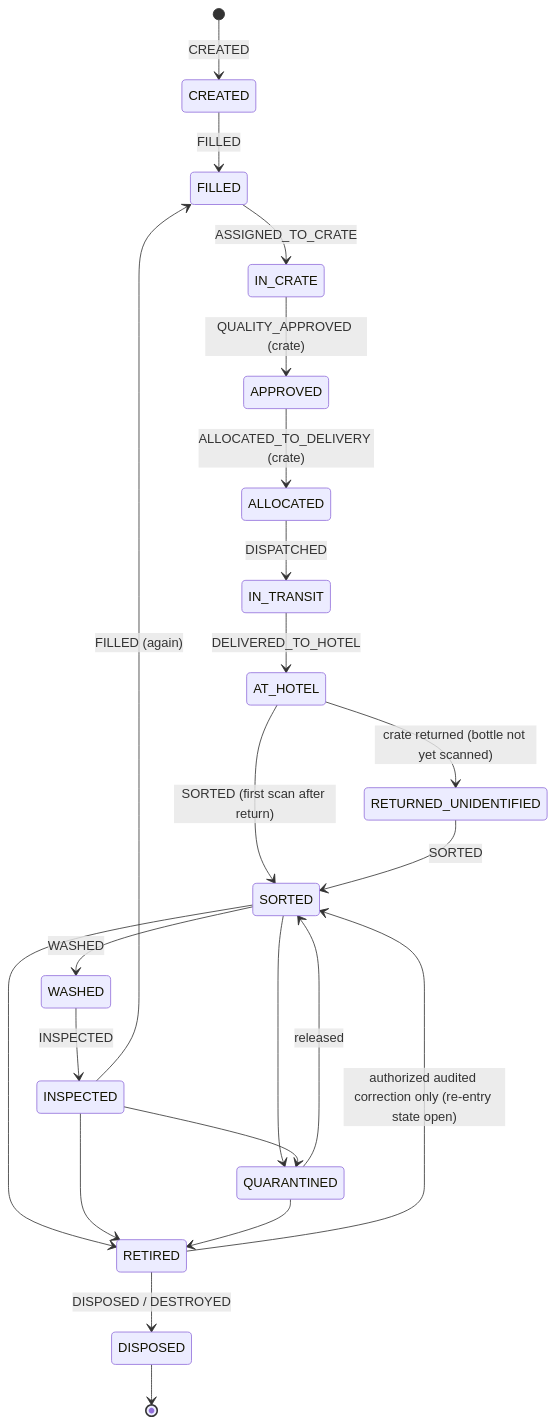
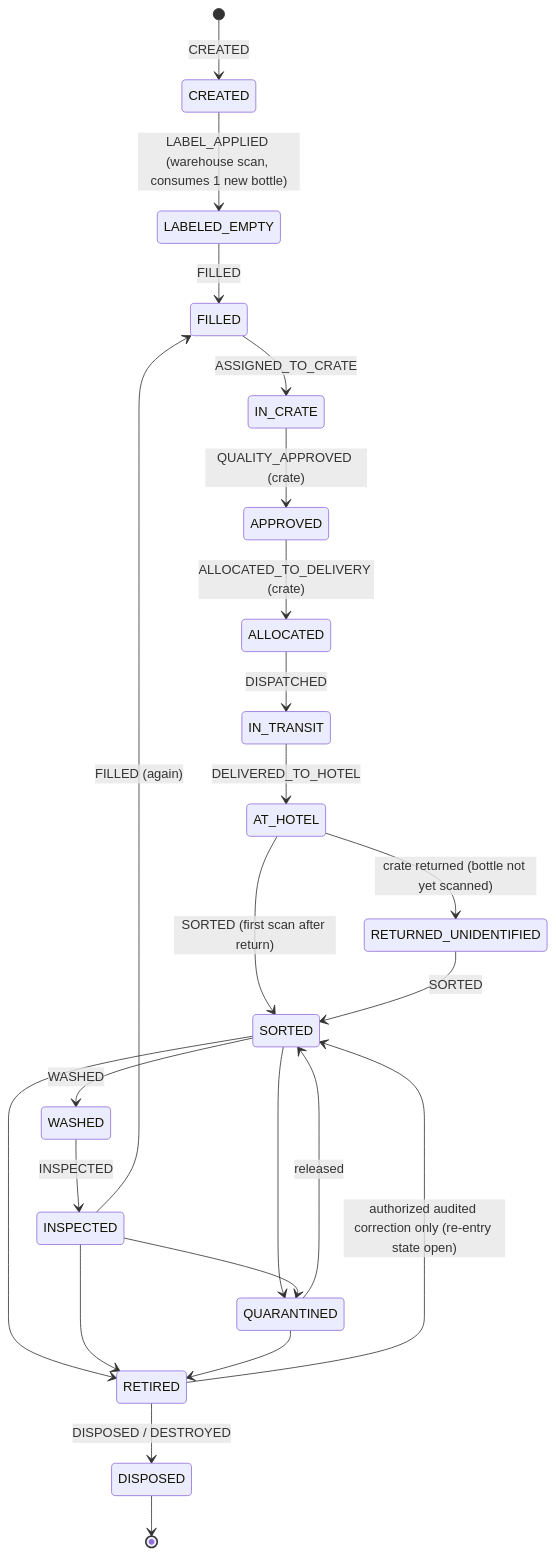
One commit to ElDiemo/AyvoOS changed the diagram in docs/004-bottle-lifecycle.md. Above: the diagram before and after it, drawn with Mermaid. The commit also changed other lines of this file and 7 other files, not shown here.

````diff
--- a/docs/004-bottle-lifecycle.md
+++ b/docs/004-bottle-lifecycle.md
@@ -44,25 +44,26 @@
 ```mermaid
 stateDiagram-v2
   [*] --> CREATED: CREATED
-  CREATED --> FILLED: FILLED
+  CREATED --> LABELED_EMPTY: LABEL_APPLIED (warehouse scan, consumes 1 new bottle)
+  LABELED_EMPTY --> FILLED: FILLED
   FILLED --> IN_CRATE: ASSIGNED_TO_CRATE
   IN_CRATE --> APPROVED: QUALITY_APPROVED (crate)
   APPROVED --> ALLOCATED: ALLOCATED_TO_DELIVERY (crate)
   ALLOCATED --> IN_TRANSIT: DISPATCHED
   IN_TRANSIT --> AT_HOTEL: DELIVERED_TO_HOTEL
   AT_HOTEL --> RETURNED_UNIDENTIFIED: crate returned (bottle not yet scanned)
   AT_HOTEL --> SORTED: SORTED (first scan after return)
   RETURNED_UNIDENTIFIED --> SORTED: SORTED
   SORTED --> WASHED: WASHED
   WASHED --> INSPECTED: INSPECTED
   INSPECTED --> FILLED: FILLED (again)
   SORTED --> QUARANTINED
   INSPECTED --> QUARANTINED
   QUARANTINED --> SORTED: released
   SORTED --> RETIRED
   INSPECTED --> RETIRED
   QUARANTINED --> RETIRED
   RETIRED --> DISPOSED: DISPOSED / DESTROYED
   RETIRED --> SORTED: authorized audited correction only (re-entry state open)
   DISPOSED --> [*]
 ```
````
